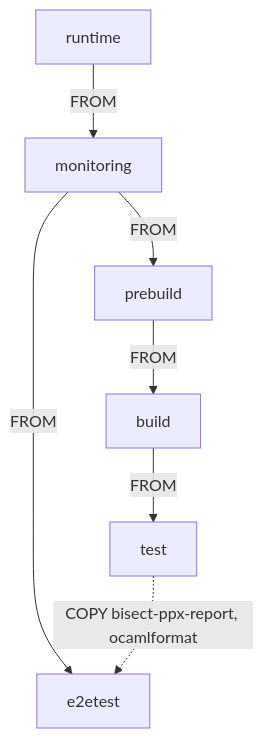
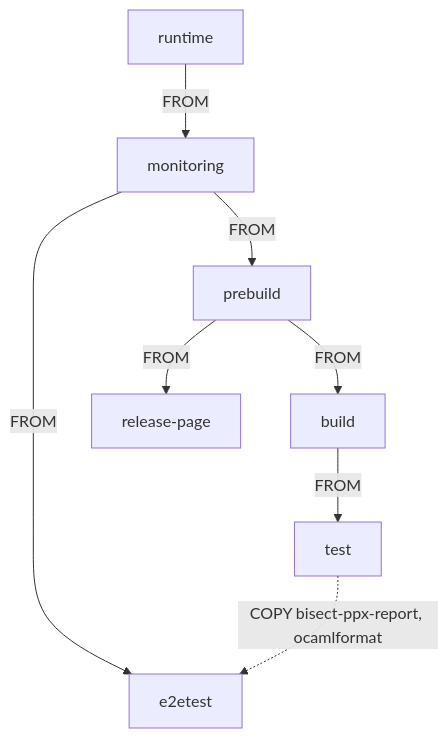
The diagram in images/ci/README.md (tezos/tezos-mirror), drawn with Mermaid before and after one commit. The commit also changed other lines of this file and 1 other file, not shown here.

Commit message:
Images: Introduce [Dockerfile.release-page]

````diff
--- a/images/ci/README.md
+++ b/images/ci/README.md
@@ -21,9 +21,10 @@
 ```mermaid
 graph TB
   runtime -->|FROM| monitoring
   monitoring -->|FROM| prebuild
   monitoring -->|FROM| e2etest
   prebuild -->|FROM| build
+  prebuild -->|FROM| release-page
   build -->|FROM| test
   test -.->|COPY bisect-ppx-report, ocamlformat| e2etest
 ```
````
